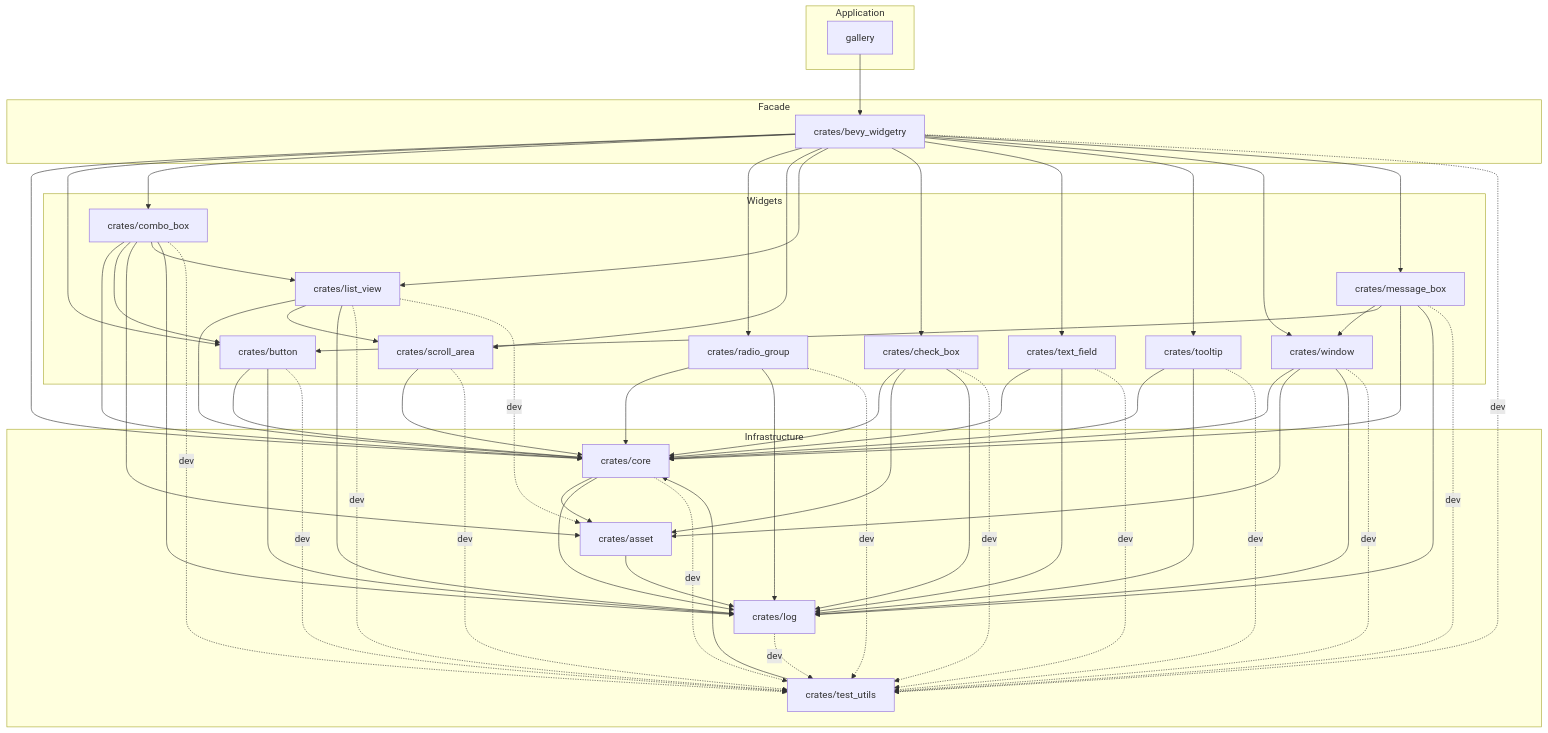
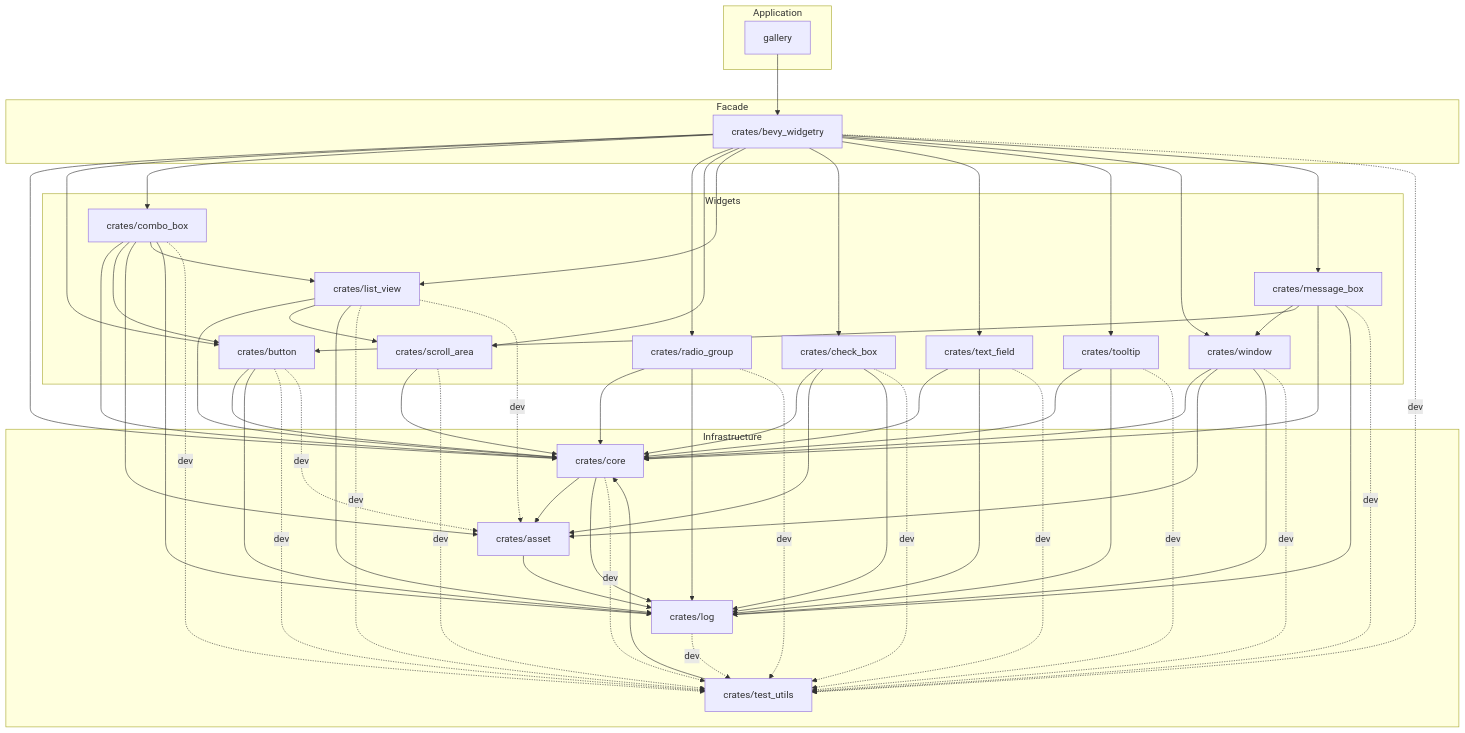
Before and after one commit to slc90/bevy_widgetry: the diagram in docs/architecture.md, drawn with Mermaid. The commit also changed 3 other files, not shown here.

```diff
--- a/docs/architecture.md
+++ b/docs/architecture.md
@@ -249,6 +249,7 @@
     log -. dev .-> test_utils
     core -. dev .-> test_utils
     button -. dev .-> test_utils
+    button -. dev .-> asset
     combo_box -. dev .-> test_utils
     radio_group -. dev .-> test_utils
     check_box -. dev .-> test_utils
```
